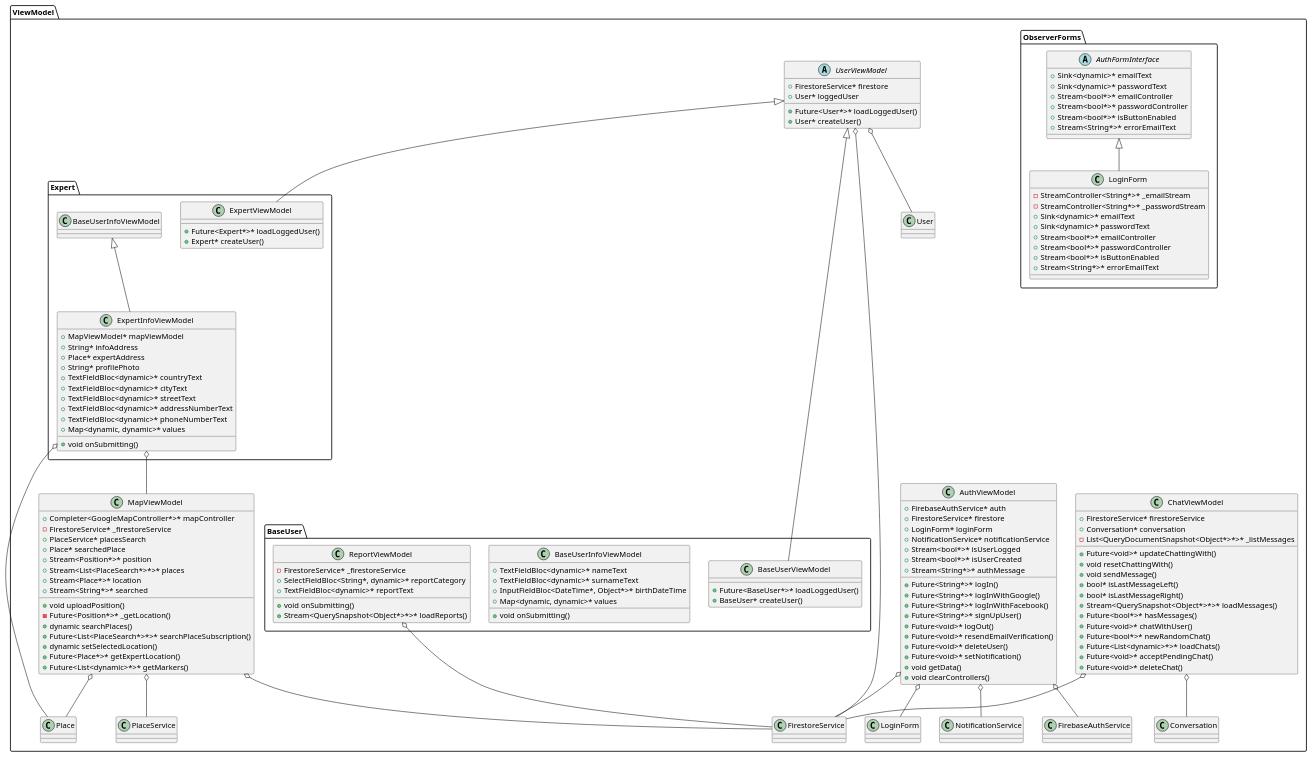
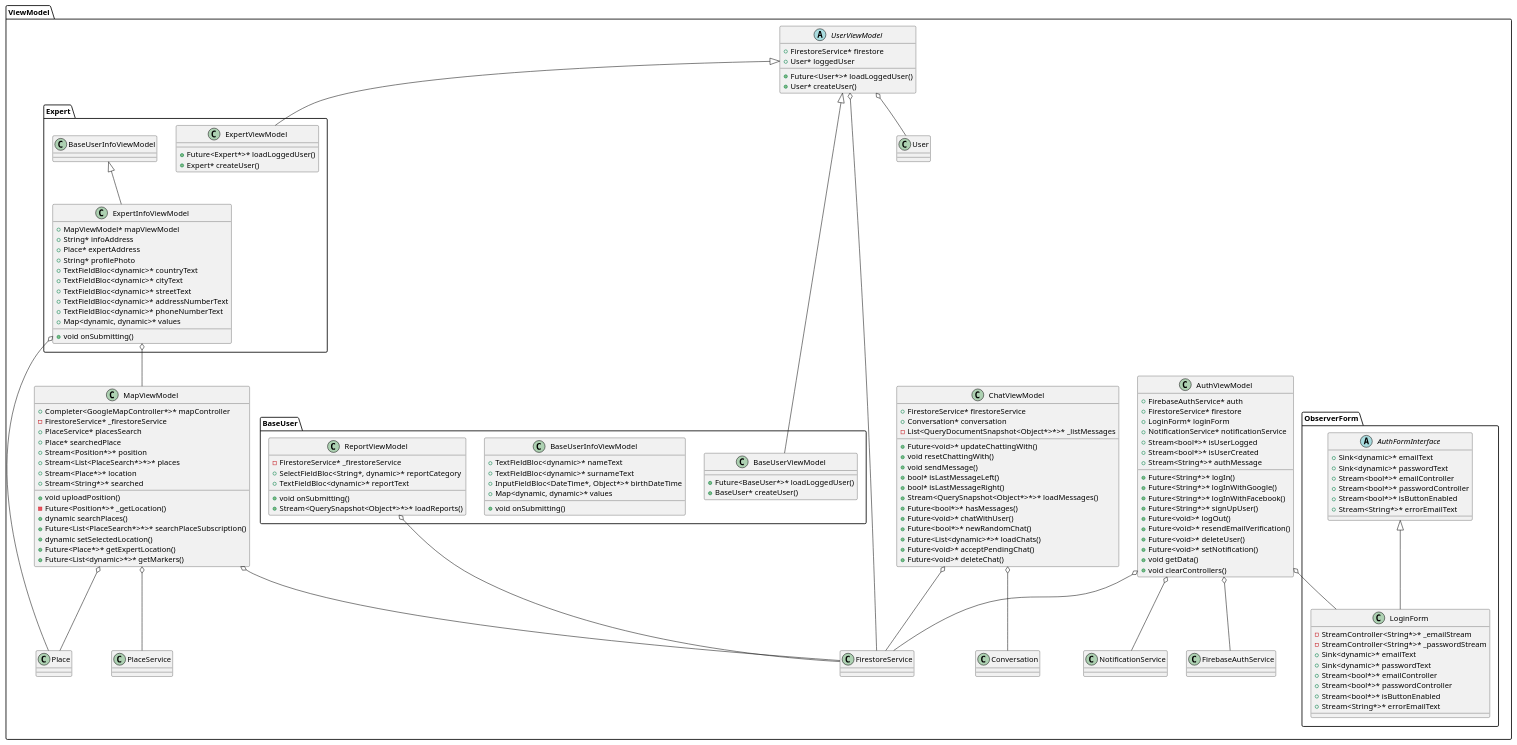
The diagram in docs/uml_viewModel.puml (simoneghiazzi/DIMA), drawn with PlantUML before and after one commit. The commit also changed 3 other files, not shown here.

Commit message:
uml diagrams

```diff
--- a/docs/uml_viewModel.puml
+++ b/docs/uml_viewModel.puml
@@ -1,150 +1,149 @@
 @startuml ViewModelUML
 package ViewModel {
+    package ObserverForm {
+        abstract class "AuthFormInterface" {
+            +Sink<dynamic>* emailText
+            +Sink<dynamic>* passwordText
+            +Stream<bool*>* emailController
+            +Stream<bool*>* passwordController
+            +Stream<bool*>* isButtonEnabled
+            +Stream<String*>* errorEmailText
+        }
+        class "LoginForm" {
+            -StreamController<String*>* _emailStream
+            -StreamController<String*>* _passwordStream
+            +Sink<dynamic>* emailText
+            +Sink<dynamic>* passwordText
+            +Stream<bool*>* emailController
+            +Stream<bool*>* passwordController
+            +Stream<bool*>* isButtonEnabled
+            +Stream<String*>* errorEmailText
+        }
+        "AuthFormInterface" <|-- "LoginForm"
+    }
     class "ChatViewModel" {
         +FirestoreService* firestoreService
         +Conversation* conversation
         -List<QueryDocumentSnapshot<Object*>*>* _listMessages
         +Future<void>* updateChattingWith()
         +void resetChattingWith()
         +void sendMessage()
         +bool* isLastMessageLeft()
         +bool* isLastMessageRight()
         +Stream<QuerySnapshot<Object*>*>* loadMessages()
         +Future<bool*>* hasMessages()
         +Future<void>* chatWithUser()
         +Future<bool*>* newRandomChat()
         +Future<List<dynamic>*>* loadChats()
         +Future<void>* acceptPendingChat()
         +Future<void>* deleteChat()
     }
     "ChatViewModel" o-- "FirestoreService"
     "ChatViewModel" o-- "Conversation"
 
     class "AuthViewModel" {
         +FirebaseAuthService* auth
         +FirestoreService* firestore
         +LoginForm* loginForm
         +NotificationService* notificationService
         +Stream<bool*>* isUserLogged
         +Stream<bool*>* isUserCreated
         +Stream<String*>* authMessage
         +Future<String*>* logIn()
         +Future<String*>* logInWithGoogle()
         +Future<String*>* logInWithFacebook()
         +Future<String*>* signUpUser()
         +Future<void>* logOut()
         +Future<void>* resendEmailVerification()
         +Future<void>* deleteUser()
         +Future<void>* setNotification()
         +void getData()
         +void clearControllers()
     }
     "AuthViewModel" o-- "FirebaseAuthService"
     "AuthViewModel" o-- "FirestoreService"
     "AuthViewModel" o-- "LoginForm"
     "AuthViewModel" o-- "NotificationService"
 
     abstract class "UserViewModel" {
         +FirestoreService* firestore
         +User* loggedUser
         +Future<User*>* loadLoggedUser()
         +User* createUser()
     }
     "UserViewModel" o-- "FirestoreService"
     "UserViewModel" o-- "User"
 
     class "MapViewModel" {
         +Completer<GoogleMapController*>* mapController
         -FirestoreService* _firestoreService
         +PlaceService* placesSearch
         +Place* searchedPlace
         +Stream<Position*>* position
         +Stream<List<PlaceSearch*>*>* places
         +Stream<Place*>* location
         +Stream<String*>* searched
         +void uploadPosition()
         -Future<Position*>* _getLocation()
         +dynamic searchPlaces()
         +Future<List<PlaceSearch*>*>* searchPlaceSubscription()
         +dynamic setSelectedLocation()
         +Future<Place*>* getExpertLocation()
         +Future<List<dynamic>*>* getMarkers()
     }
     "MapViewModel" o-- "FirestoreService"
     "MapViewModel" o-- "PlaceService"
     "MapViewModel" o-- "Place"
 
+
     package Expert {
         class "ExpertViewModel" {
             +Future<Expert*>* loadLoggedUser()
             +Expert* createUser()
         }
         "UserViewModel" <|-- "ExpertViewModel"
 
         class "ExpertInfoViewModel" {
             +MapViewModel* mapViewModel
             +String* infoAddress
             +Place* expertAddress
             +String* profilePhoto
             +TextFieldBloc<dynamic>* countryText
             +TextFieldBloc<dynamic>* cityText
             +TextFieldBloc<dynamic>* streetText
             +TextFieldBloc<dynamic>* addressNumberText
             +TextFieldBloc<dynamic>* phoneNumberText
             +Map<dynamic, dynamic>* values
             +void onSubmitting()
         }
         "BaseUserInfoViewModel" <|-- "ExpertInfoViewModel"
         "ExpertInfoViewModel" o-- "MapViewModel"
         "ExpertInfoViewModel" o-- "Place"
     }
 
     package BaseUser {
         class "BaseUserViewModel" {
             +Future<BaseUser*>* loadLoggedUser()
             +BaseUser* createUser()
         }
         "UserViewModel" <|-- "BaseUserViewModel"
 
         class "BaseUserInfoViewModel" {
             +TextFieldBloc<dynamic>* nameText
             +TextFieldBloc<dynamic>* surnameText
             +InputFieldBloc<DateTime*, Object*>* birthDateTime
             +Map<dynamic, dynamic>* values
             +void onSubmitting()
         }
 
         class "ReportViewModel" {
             -FirestoreService* _firestoreService
             +SelectFieldBloc<String*, dynamic>* reportCategory
             +TextFieldBloc<dynamic>* reportText
             +void onSubmitting()
             +Stream<QuerySnapshot<Object*>*>* loadReports()
         }
         "ReportViewModel" o-- "FirestoreService"
     }
-
-    package ObserverForms {
-        abstract class "AuthFormInterface" {
-            +Sink<dynamic>* emailText
-            +Sink<dynamic>* passwordText
-            +Stream<bool*>* emailController
-            +Stream<bool*>* passwordController
-            +Stream<bool*>* isButtonEnabled
-            +Stream<String*>* errorEmailText
-        }
-
-        class "LoginForm" {
-            -StreamController<String*>* _emailStream
-            -StreamController<String*>* _passwordStream
-            +Sink<dynamic>* emailText
-            +Sink<dynamic>* passwordText
-            +Stream<bool*>* emailController
-            +Stream<bool*>* passwordController
-            +Stream<bool*>* isButtonEnabled
-            +Stream<String*>* errorEmailText
-        }
-        "AuthFormInterface" <|-- "LoginForm"
-    }
 }
 @enduml
```
